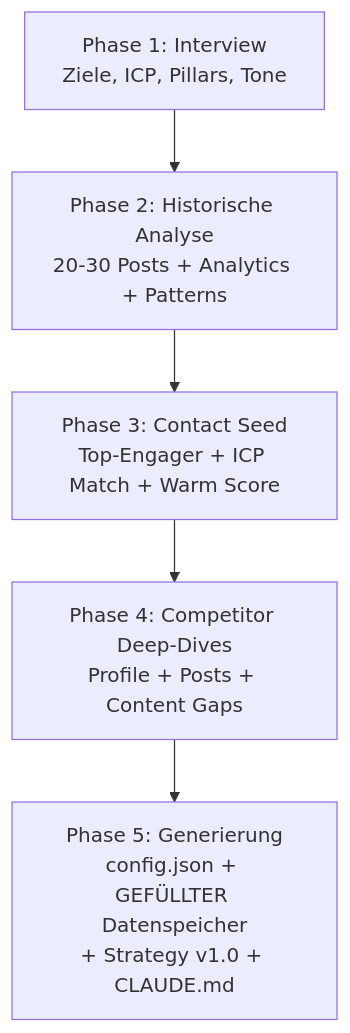
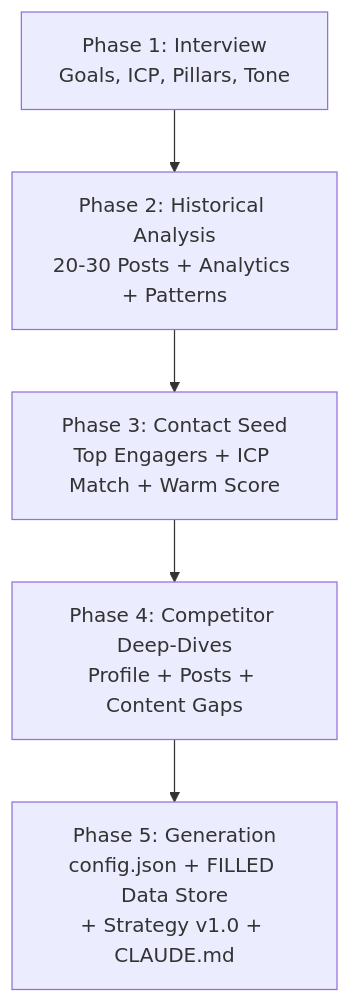
The eighth of 8 diagrams in plugin/README.md (sabania/linkedin-cli), drawn with Mermaid before and after one commit. The commit also changed other lines of this file and 35 other files, not shown here.

First line of the commit message:
Add new agents for content creation, data collection, and analysis

````diff
--- a/plugin/README.md
+++ b/plugin/README.md
@@ -314,7 +314,7 @@
 ```mermaid
 graph TD
-    P1["Phase 1: Interview<br/>Ziele, ICP, Pillars, Tone"] --> P2["Phase 2: Historische Analyse<br/>20-30 Posts + Analytics + Patterns"]
-    P2 --> P3["Phase 3: Contact Seed<br/>Top-Engager + ICP Match + Warm Score"]
+    P1["Phase 1: Interview<br/>Goals, ICP, Pillars, Tone"] --> P2["Phase 2: Historical Analysis<br/>20-30 Posts + Analytics + Patterns"]
+    P2 --> P3["Phase 3: Contact Seed<br/>Top Engagers + ICP Match + Warm Score"]
     P3 --> P4["Phase 4: Competitor Deep-Dives<br/>Profile + Posts + Content Gaps"]
-    P4 --> P5["Phase 5: Generierung<br/>config.json + GEFÜLLTER Datenspeicher<br/>+ Strategy v1.0 + CLAUDE.md"]
+    P4 --> P5["Phase 5: Generation<br/>config.json + FILLED Data Store<br/>+ Strategy v1.0 + CLAUDE.md"]
 ```
````
